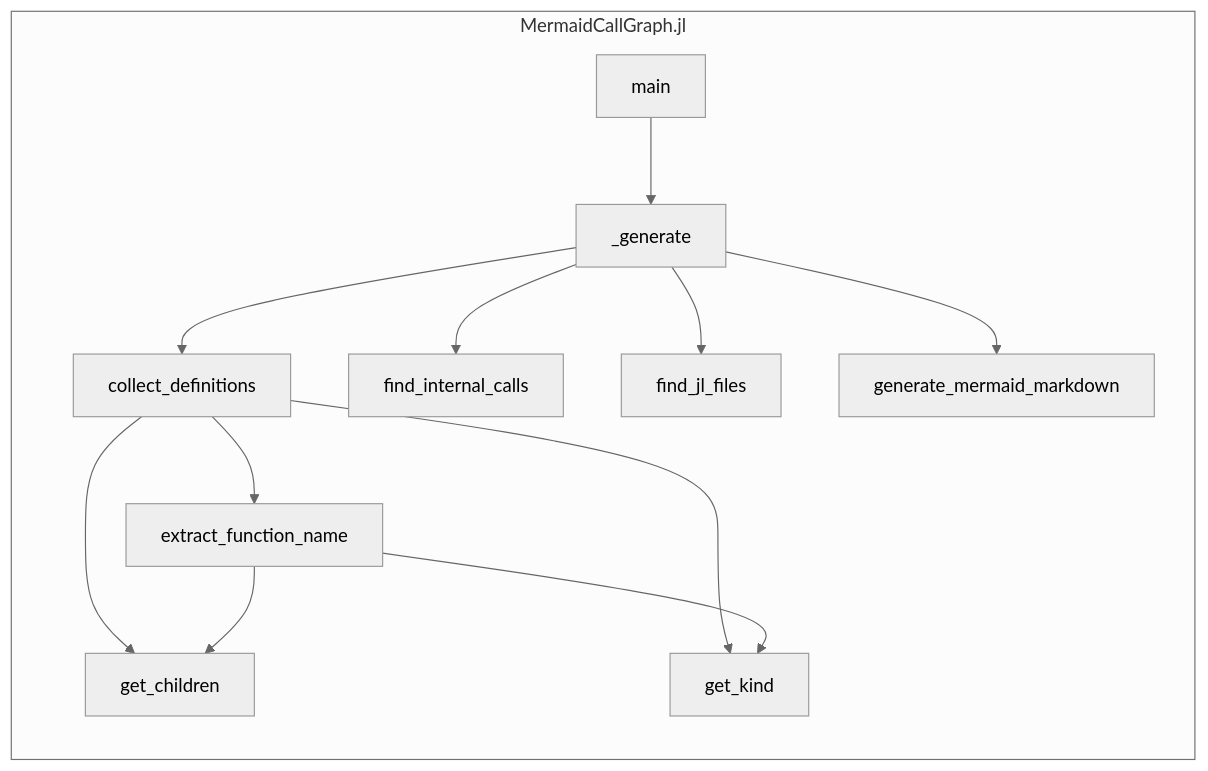
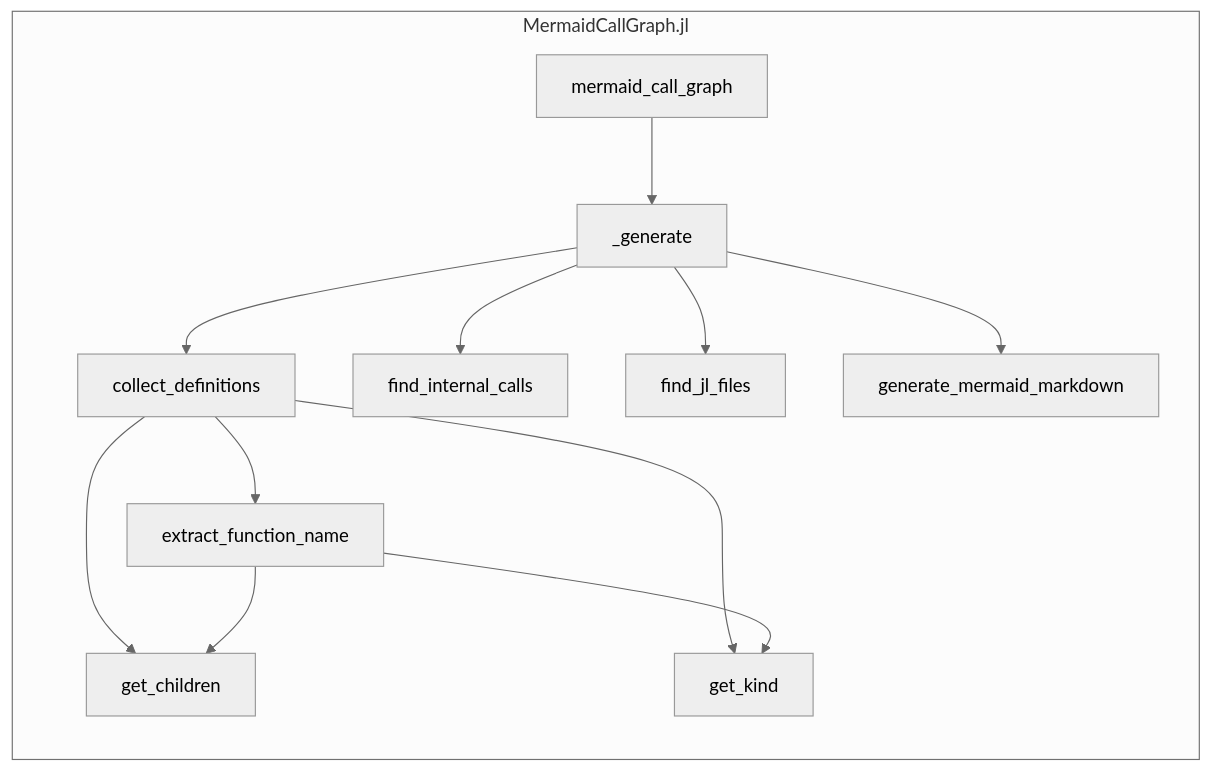
The diagram in test/expected_callgraph.md (t-garin/MermaidCallGraph.jl), drawn with Mermaid (neutral theme) before and after one commit. The commit also changed 5 other files, not shown here.

Commit message:
Renamed main to mermaid_call_graph + TODO.md

````diff
--- a/test/expected_callgraph.md
+++ b/test/expected_callgraph.md
@@ -1,24 +1,24 @@
 ```mermaid
 flowchart LR
     subgraph MermaidCallGraph.jl
         _generate["_generate"]
         collect_definitions["collect_definitions"]
         extract_function_name["extract_function_name"]
         find_internal_calls["find_internal_calls"]
         find_jl_files["find_jl_files"]
         generate_mermaid_markdown["generate_mermaid_markdown"]
         get_children["get_children"]
         get_kind["get_kind"]
-        main["main"]
+        mermaid_call_graph["mermaid_call_graph"]
     end
     _generate --> collect_definitions
     _generate --> find_internal_calls
     _generate --> find_jl_files
     _generate --> generate_mermaid_markdown
     collect_definitions --> extract_function_name
     collect_definitions --> get_children
     collect_definitions --> get_kind
     extract_function_name --> get_children
     extract_function_name --> get_kind
-    main --> _generate
+    mermaid_call_graph --> _generate
 ```
````
